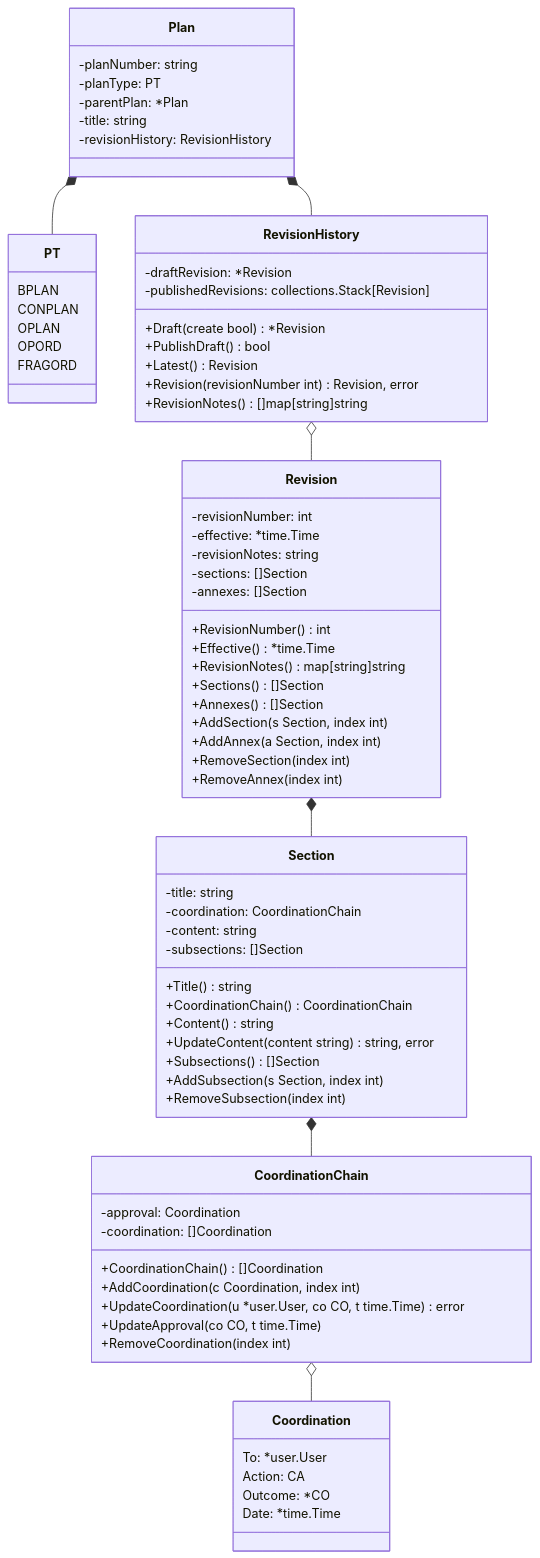
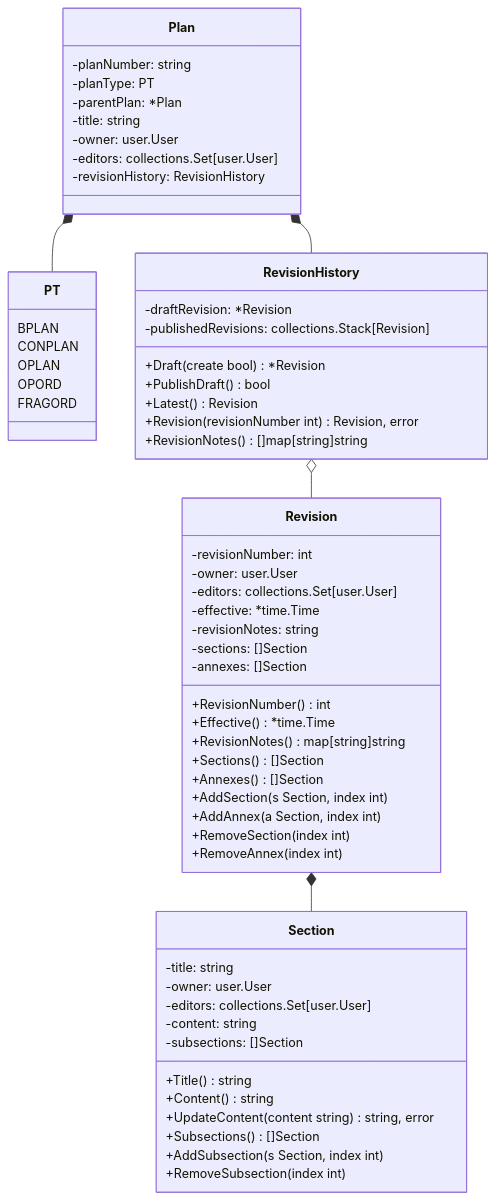
The third of 3 diagrams in docs/domain/classes.md (DerHabicht/capa5), drawn with Mermaid before and after one commit. The commit also changed other lines of this file and 1 other file, not shown here.

Commit message:
Hashing out staff coordination design

````diff
--- a/docs/domain/classes.md
+++ b/docs/domain/classes.md
@@ -41,14 +143,14 @@
     Plan *-- RevisionHistory
     RevisionHistory o-- Revision
     Revision *-- Section
-    Section *-- CoordinationChain
-    CoordinationChain o-- Coordination
 
     class Plan {
         -planNumber: string
         -planType: PT
         -parentPlan: *Plan
         -title: string
+        -owner: user.User
+        -editors: collections.Set[user.User]
         -revisionHistory: RevisionHistory
     }
 
@@ -72,6 +174,8 @@
 
     class Revision {
         -revisionNumber: int
+        -owner: user.User
+        -editors: collections.Set[user.User]
         -effective: *time.Time
         -revisionNotes: string
         -sections: []Section
@@ -89,34 +193,15 @@
 
     class Section {
         -title: string
-        -coordination: CoordinationChain
+        -owner: user.User
+        -editors: collections.Set[user.User]
         -content: string
         -subsections: []Section
         +Title() string
-        +CoordinationChain() CoordinationChain
         +Content() string
         +UpdateContent(content string) string, error
         +Subsections() []Section
         +AddSubsection(s Section, index int)
         +RemoveSubsection(index int)
     }
-
-    class CoordinationChain {
-        -approval: Coordination
-        -coordination: []Coordination
-        +CoordinationChain() []Coordination
-        +AddCoordination(c Coordination, index int)
-        +UpdateCoordination(u *user.User, co CO, t time.Time) error
-        +UpdateApproval(co CO, t time.Time)
-        +RemoveCoordination(index int)
-    }
-
-    class Coordination {
-        To: *user.User
-        Action: CA
-        Outcome: *CO
-        Date: *time.Time
-    }
-
-    
 ```
````
